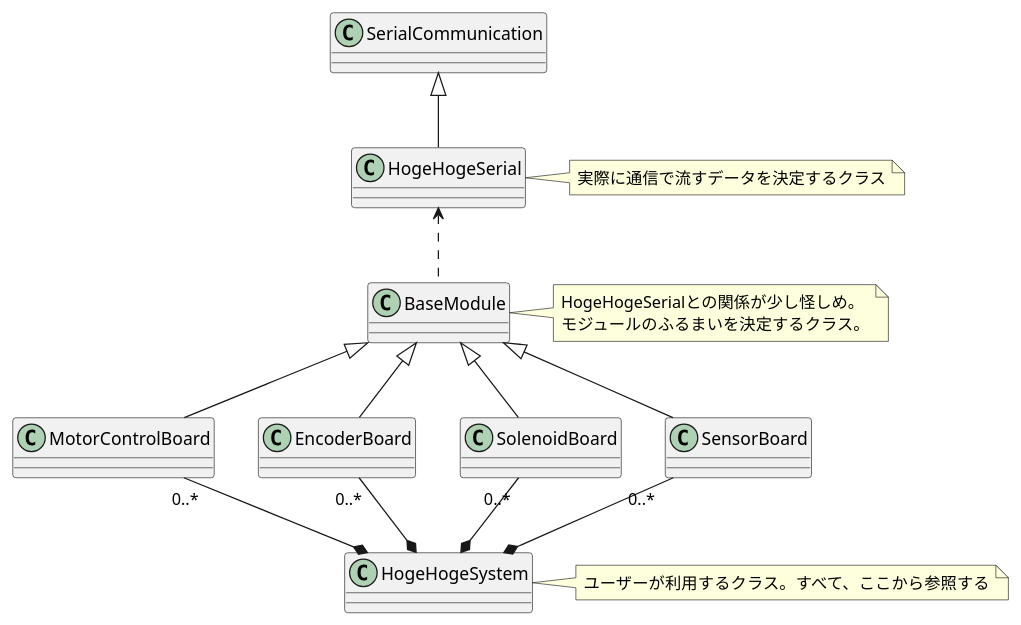
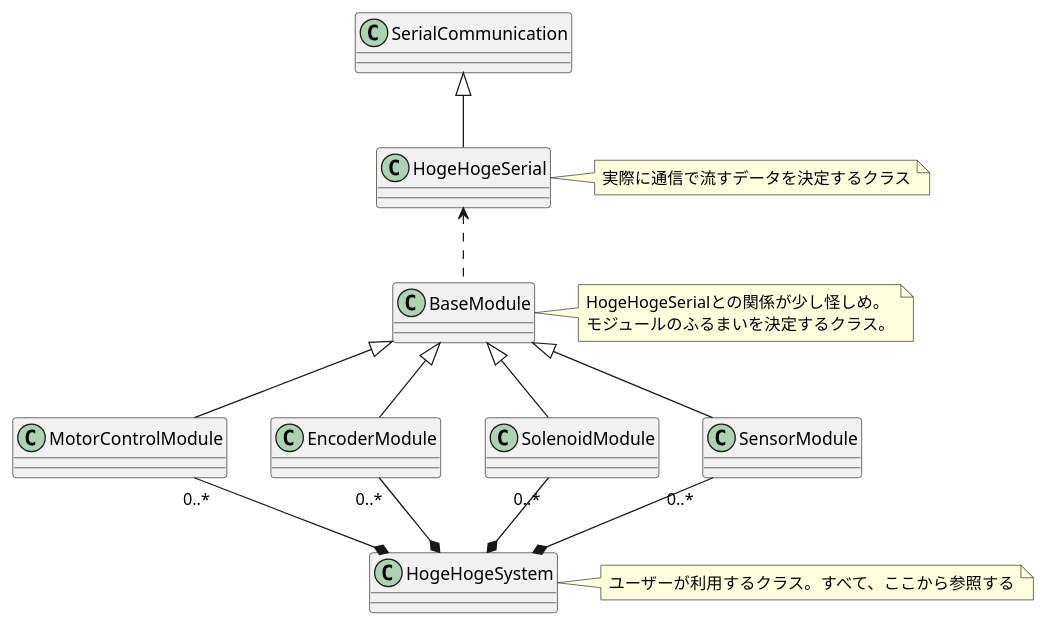
One commit to Rei-sun/HogeHoge changed the diagram in Reference/Class.pu. Above: the diagram before and after it, drawn with PlantUML. The commit also changed 1 other file, not shown here.

```diff
--- a/Reference/Class.pu
+++ b/Reference/Class.pu
@@ -1,49 +1,49 @@
 @startuml クラス図
 
 class BaseModule {
 
 }
 note right: HogeHogeSerialとの関係が少し怪しめ。\nモジュールのふるまいを決定するクラス。
 
 
 class SerialCommunication {
 
 }
 
 class HogeHogeSerial {
     
 }
 note right: 実際に通信で流すデータを決定するクラス
 
-class MotorControlBoard {
+class MotorControlModule {
 
 }
 
-class EncoderBoard {
+class EncoderModule {
 
 }
 
-class SolenoidBoard {
+class SolenoidModule {
 
 }
 
-class SensorBoard {
+class SensorModule {
 
 }
 
 class HogeHogeSystem {
 
 }
 note right: ユーザーが利用するクラス。すべて、ここから参照する
 
 SerialCommunication <|-- HogeHogeSerial
 HogeHogeSerial <.. BaseModule
-BaseModule <|-- MotorControlBoard
-BaseModule <|-- EncoderBoard
-BaseModule <|-- SolenoidBoard
-BaseModule <|-- SensorBoard
-MotorControlBoard "0..*" --* HogeHogeSystem
-EncoderBoard "0..*" --* HogeHogeSystem
-SolenoidBoard "0..*" --* HogeHogeSystem
-SensorBoard "0..*" --* HogeHogeSystem
+BaseModule <|-- MotorControlModule
+BaseModule <|-- EncoderModule
+BaseModule <|-- SolenoidModule
+BaseModule <|-- SensorModule
+MotorControlModule "0..*" --* HogeHogeSystem
+EncoderModule "0..*" --* HogeHogeSystem
+SolenoidModule "0..*" --* HogeHogeSystem
+SensorModule "0..*" --* HogeHogeSystem
 @enduml
```
